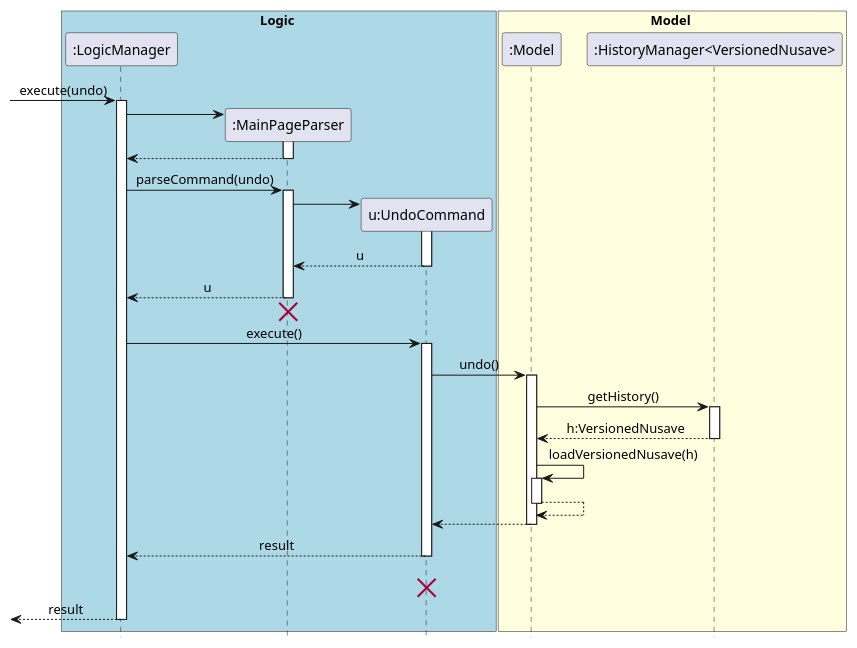
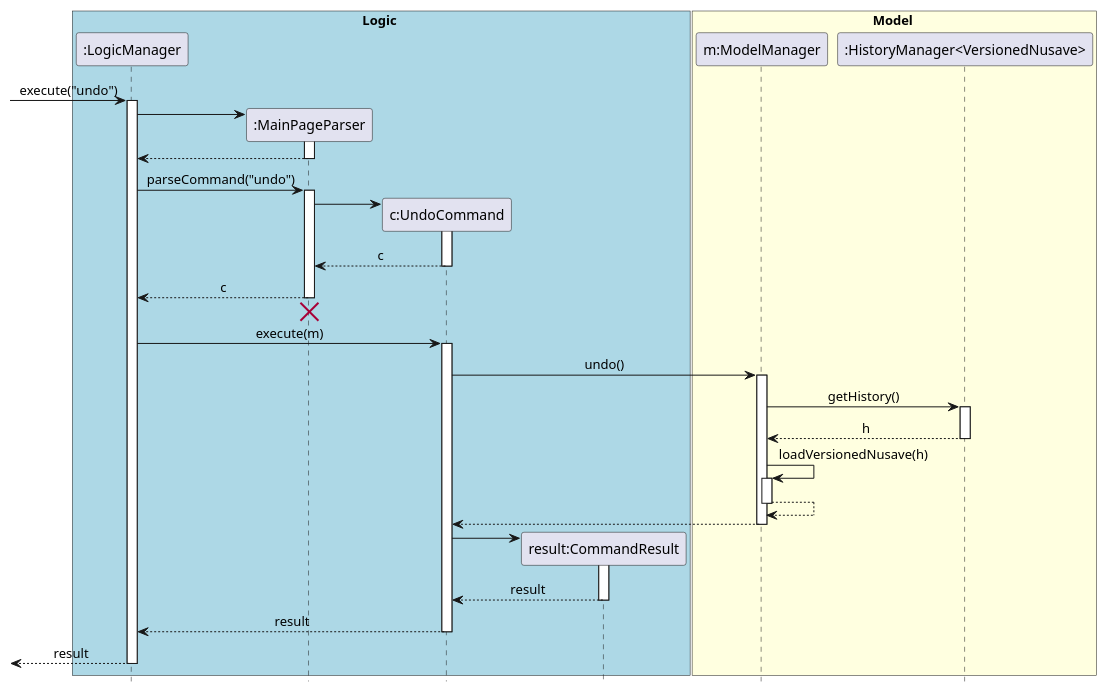
One commit to yu-ming-chen/tp changed the diagram in docs/diagrams/UndoSequenceDiagram.puml. Above: the diagram before and after it, drawn with PlantUML. The commit also changed 13 other files, not shown here.

Commit message:
Edit diagrams

```diff
--- a/docs/diagrams/UndoSequenceDiagram.puml
+++ b/docs/diagrams/UndoSequenceDiagram.puml
@@ -1,70 +1,75 @@
 @startuml
 skinparam Sequence {
     MessageAlign center
 }
 box Logic #LightBlue
 participant ":LogicManager" as LogicManager
 participant ":MainPageParser" as MainPageParser
-participant "u:UndoCommand" as UndoCommand
+participant "c:UndoCommand" as UndoCommand
+participant "result:CommandResult" as CommandResult
 end box
 
 box Model #LightYellow
-participant ":Model" as Model
+participant "m:ModelManager" as Model
 participant ":HistoryManager<VersionedNusave>" as HistoryManager
 end box
-[-> LogicManager : execute(undo)
+[-> LogicManager : execute("undo")
 activate LogicManager
 
 create MainPageParser
 LogicManager -> MainPageParser
 activate MainPageParser
 deactivate MainPageParser
 MainPageParser --> LogicManager
 deactivate MainPageParser
 
-LogicManager -> MainPageParser : parseCommand(undo)
+LogicManager -> MainPageParser : parseCommand("undo")
 activate MainPageParser
 
 create UndoCommand
 MainPageParser -> UndoCommand
 activate UndoCommand
 
-UndoCommand --> MainPageParser : u
+UndoCommand --> MainPageParser : c
 deactivate UndoCommand
 
-MainPageParser --> LogicManager : u
+MainPageParser --> LogicManager : c
 deactivate MainPageParser
 MainPageParser -[hidden]-> LogicManager
 destroy MainPageParser
 
-LogicManager -> UndoCommand : execute()
+LogicManager -> UndoCommand : execute(m)
 activate UndoCommand
 
 UndoCommand -> Model : undo()
 activate Model
 
 Model -> HistoryManager : getHistory()
 activate HistoryManager
 
-HistoryManager --> Model : h:VersionedNusave
+HistoryManager --> Model : h
 deactivate HistoryManager
 
 
 Model -> Model : loadVersionedNusave(h)
 activate Model
 Model --> Model
 deactivate Model
 
 Model --> UndoCommand
 deactivate Model
 
+create CommandResult
+UndoCommand -> CommandResult
+activate CommandResult
+CommandResult --> UndoCommand : result
+deactivate CommandResult
+
 UndoCommand --> LogicManager : result
 deactivate UndoCommand
-UndoCommand -[hidden]-> LogicManager : result
-destroy UndoCommand
 
 [<--LogicManager : result
 deactivate LogicManager
 
 hide footbox
 @enduml
```
